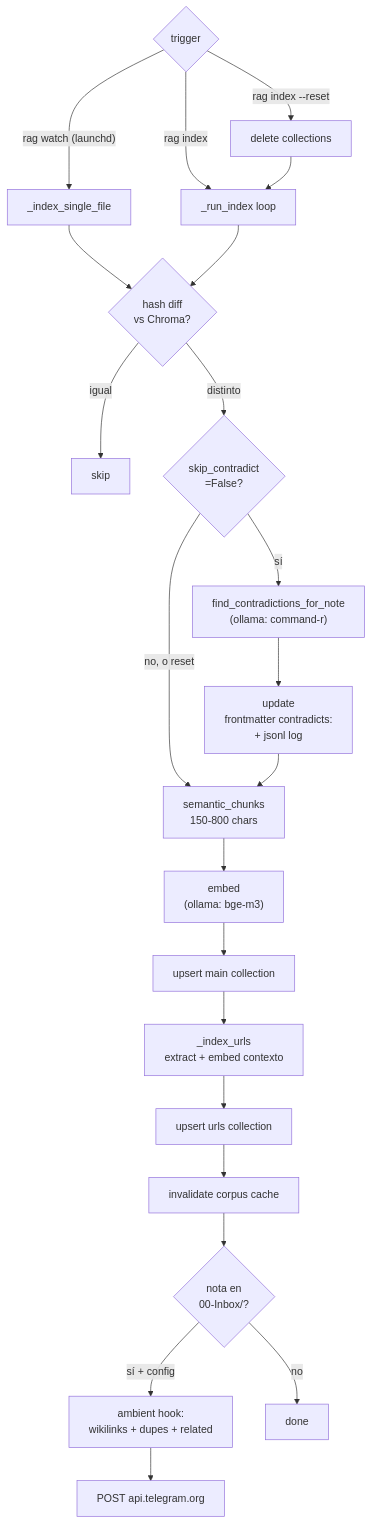
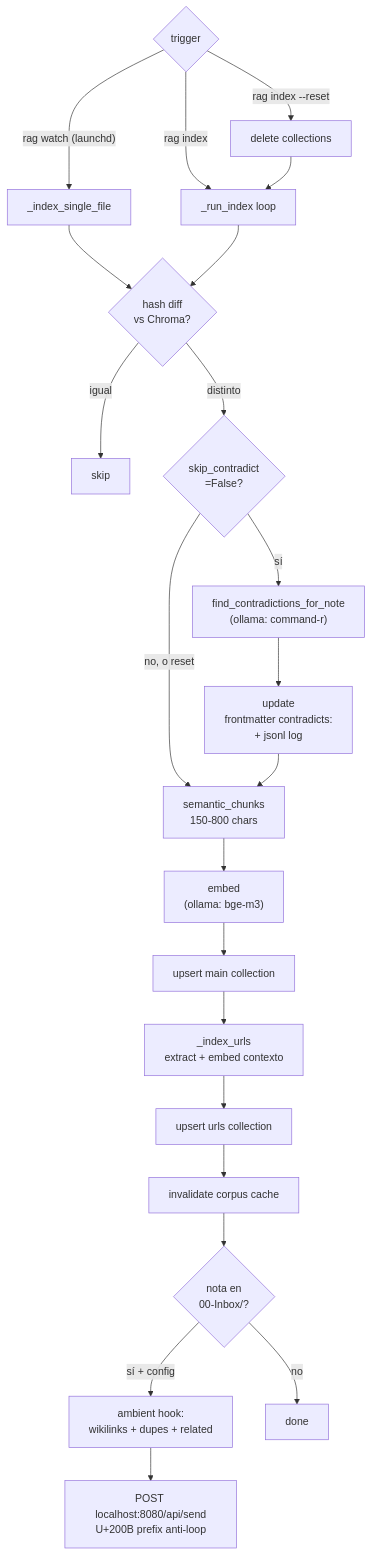
One commit to jagoff/rag-obsidian changed the diagram in docs/diagrams/indexing.mmd. Above: the diagram before and after it, drawn with Mermaid. The commit also changed 8 other files, not shown here.

```diff
--- a/docs/diagrams/indexing.mmd
+++ b/docs/diagrams/indexing.mmd
@@ -1,22 +1,22 @@
 flowchart TD
     Trig{trigger}
     Trig -->|"rag watch (launchd)"| Single[_index_single_file]
     Trig -->|"rag index"| Bulk[_run_index loop]
     Trig -->|"rag index --reset"| Drop[delete collections] --> Bulk
 
     Single --> Hash{hash diff<br/>vs Chroma?}
     Bulk --> Hash
     Hash -->|igual| Skip[skip]
     Hash -->|distinto| ContrCheck{skip_contradict<br/>=False?}
     ContrCheck -->|sí| Contr["find_contradictions_for_note<br/>(ollama: command-r)"] --> WriteFM["update<br/>frontmatter contradicts:<br/>+ jsonl log"]
     ContrCheck -->|no, o reset| Chunks
     WriteFM --> Chunks[semantic_chunks<br/>150-800 chars]
     Chunks --> EmbedC["embed<br/>(ollama: bge-m3)"]
     EmbedC --> Upsert[upsert main collection]
     Upsert --> URLs[_index_urls<br/>extract + embed contexto]
     URLs --> URLUpsert[upsert urls collection]
     URLUpsert --> Cache[invalidate corpus cache]
     Cache --> Ambient{nota en<br/>00-Inbox/?}
     Ambient -->|sí + config| Hook[ambient hook:<br/>wikilinks + dupes + related]
-    Hook --> Telegram[POST api.telegram.org]
+    Hook --> WA[POST localhost:8080/api/send<br/>U+200B prefix anti-loop]
     Ambient -->|no| Done[done]
```
